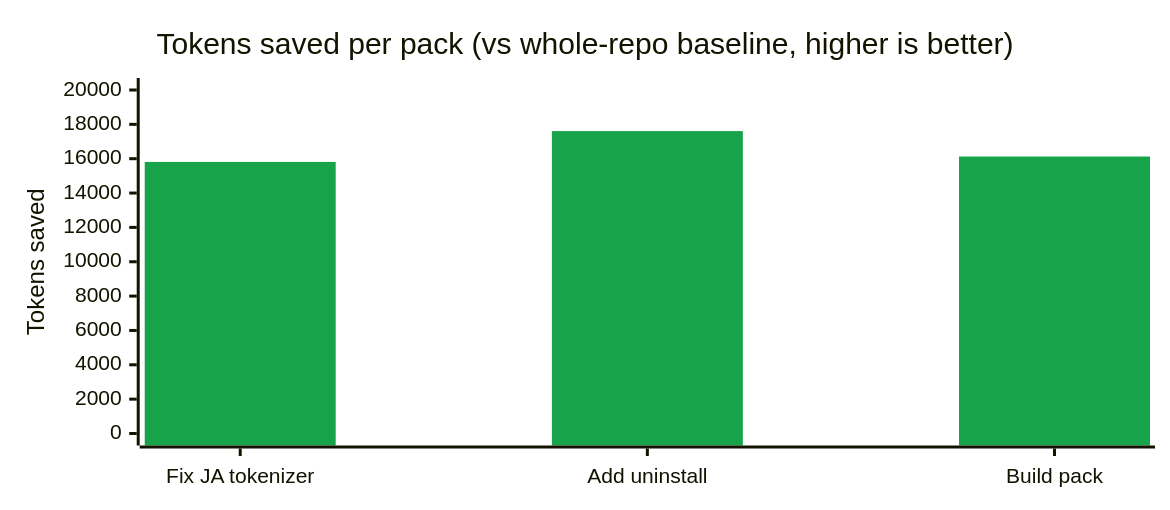
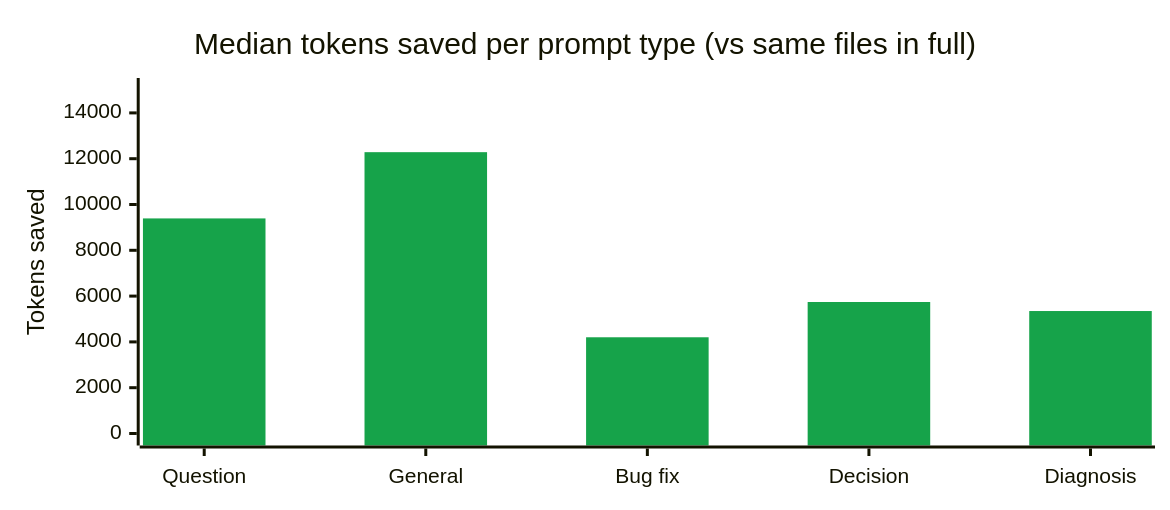
Before and after one commit to maikoo811/token-ops: the diagram in README.md, drawn with Mermaid. The commit also changed other lines of this file and 4 other files, not shown here.

First line of the commit message:
Switch Measured Savings to prompt-type breakdown from real session (v0.4.3)

````diff
--- a/README.md
+++ b/README.md
@@ -11,16 +17,16 @@
 ```mermaid
 ---
 config:
   xyChart:
     width: 760
     height: 320
   themeVariables:
     xyChart:
       plotColorPalette: "#16a34a"
 ---
 xychart-beta
-  title "Tokens saved per pack (vs whole-repo baseline, higher is better)"
-  x-axis ["Fix JA tokenizer", "Add uninstall", "Build pack"]
-  y-axis "Tokens saved" 0 --> 20000
-  bar [15811, 17607, 16127]
+  title "Median tokens saved per prompt type (vs same files in full)"
+  x-axis ["Question", "General", "Bug fix", "Decision", "Diagnosis"]
+  y-axis "Tokens saved" 0 --> 15000
+  bar [9392, 12285, 4202, 5742, 5348]
 ```
````
